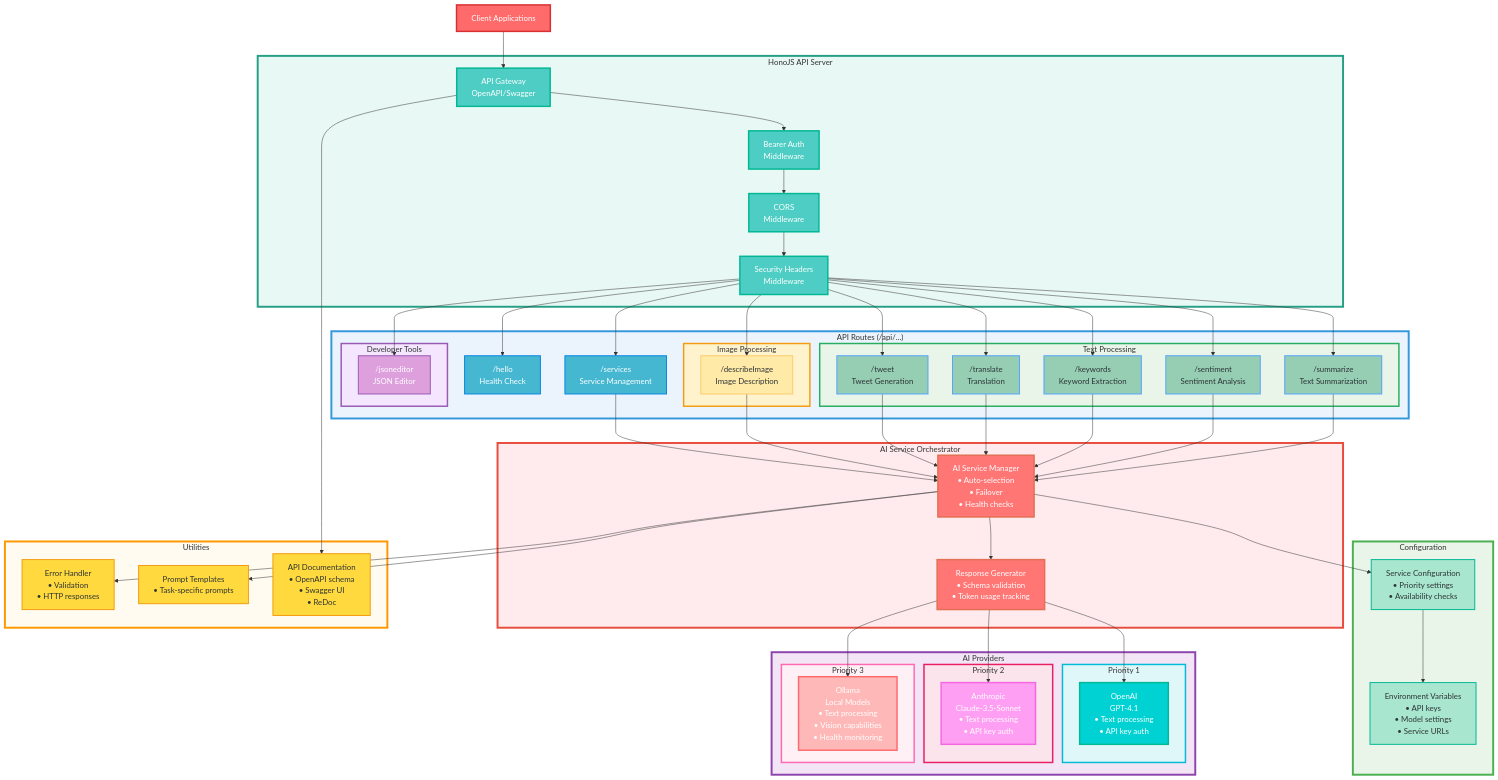
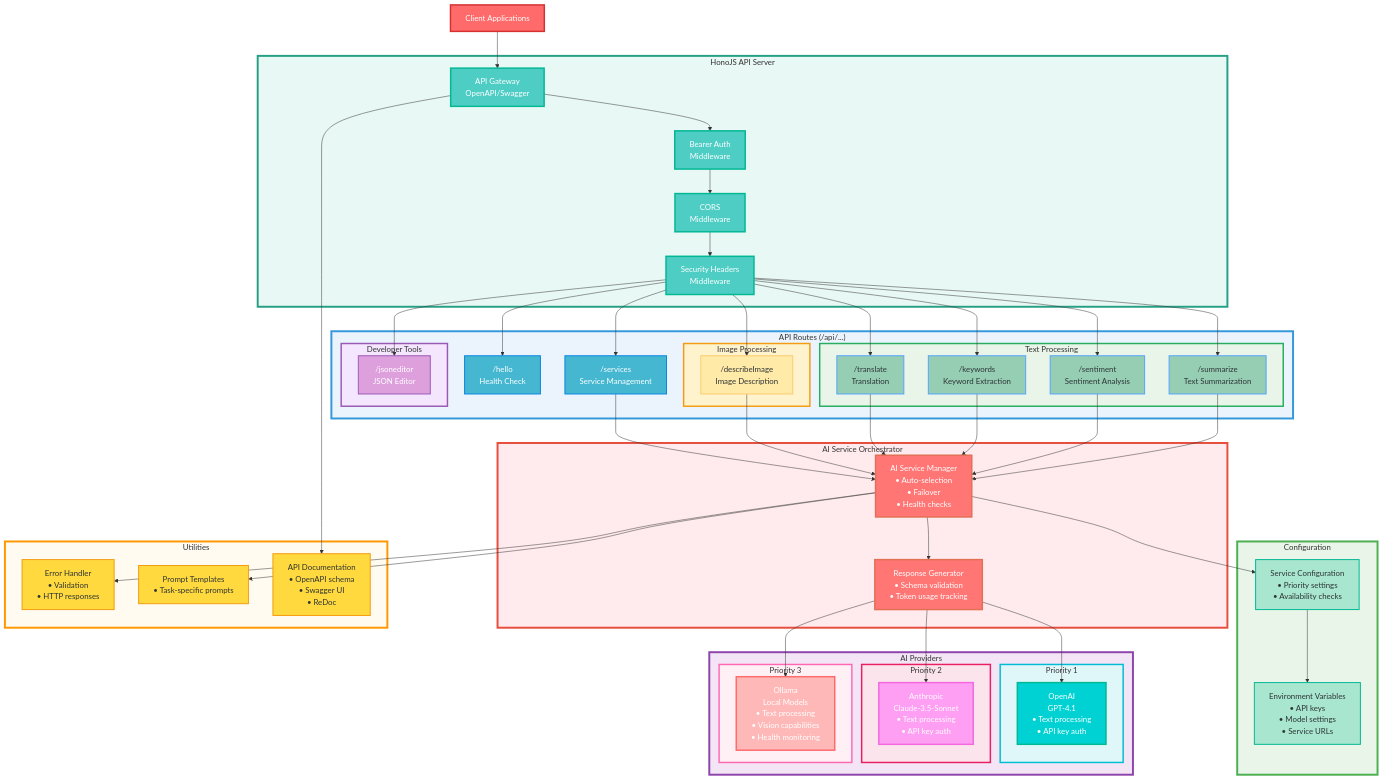
The diagram in docs/architecture-diagram.md (rengas/ai-backends), drawn with Mermaid before and after one commit. The commit also changed 6 other files, not shown here.

```diff
--- a/docs/architecture-diagram.md
+++ b/docs/architecture-diagram.md
@@ -29,7 +29,6 @@
             Sentiment["/sentiment<br/>Sentiment Analysis"]
             Keywords["/keywords<br/>Keyword Extraction"]
             Translate["/translate<br/>Translation"]
-            Tweet["/tweet<br/>Tweet Generation"]
         end
         
         subgraph imageProcessing ["Image Processing"]
@@ -86,7 +85,6 @@
     Security --> Sentiment
     Security --> Keywords
     Security --> Translate
-    Security --> Tweet
     Security --> DescribeImg
     Security --> JsonEditor
     
@@ -95,7 +93,6 @@
     Sentiment --> ServiceManager
     Keywords --> ServiceManager
     Translate --> ServiceManager
-    Tweet --> ServiceManager
     DescribeImg --> ServiceManager
     Services --> ServiceManager
     
@@ -147,7 +144,7 @@
     class Client client
     class Gateway,Auth,CORS,Security apiNodes
     class Health,Services routeCore
-    class Summarize,Sentiment,Keywords,Translate,Tweet routeText
+    class Summarize,Sentiment,Keywords,Translate routeText
     class DescribeImg routeImage
     class JsonEditor routeTools
     class ServiceManager,ResponseGen orchestrator
```
